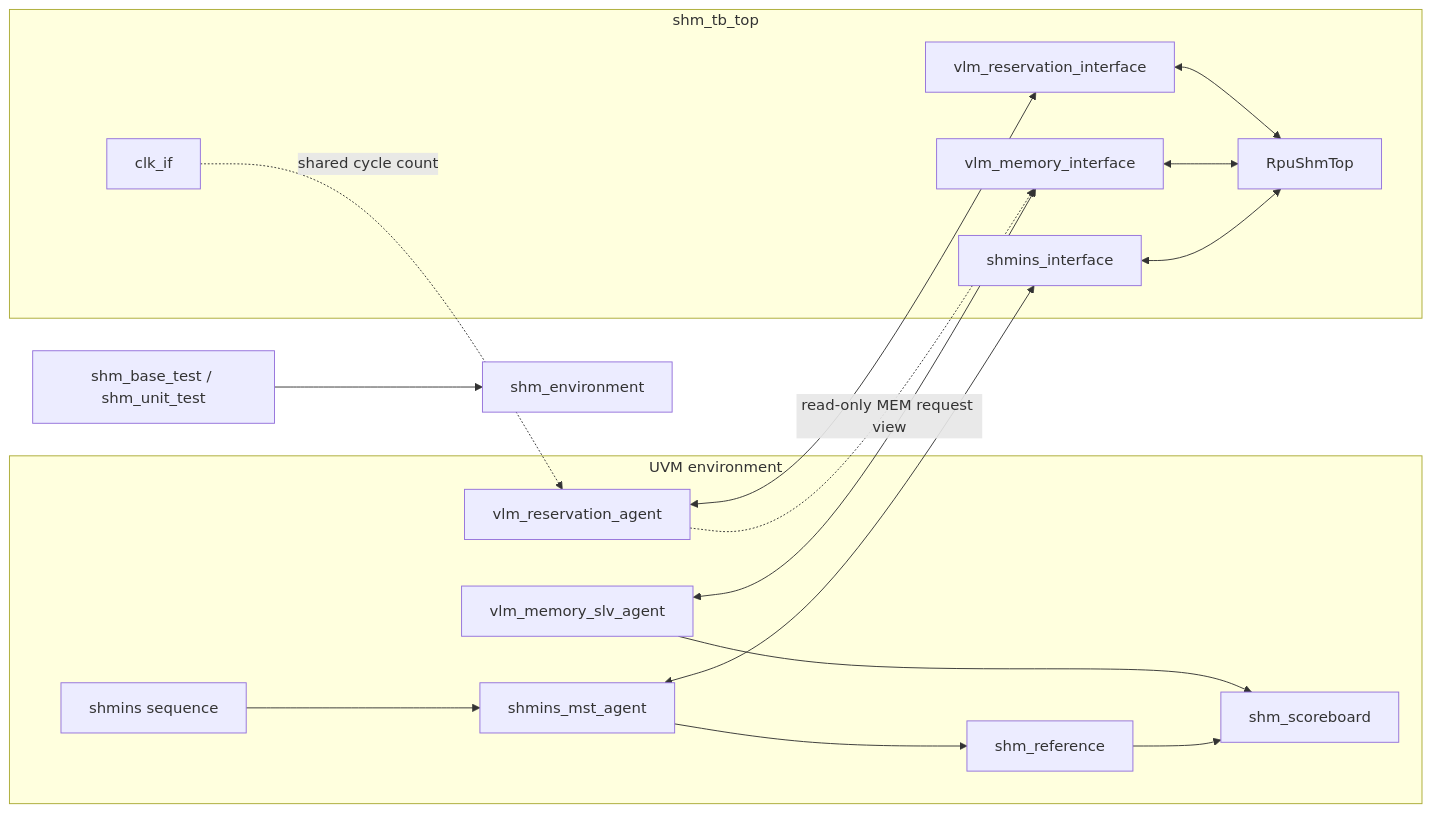
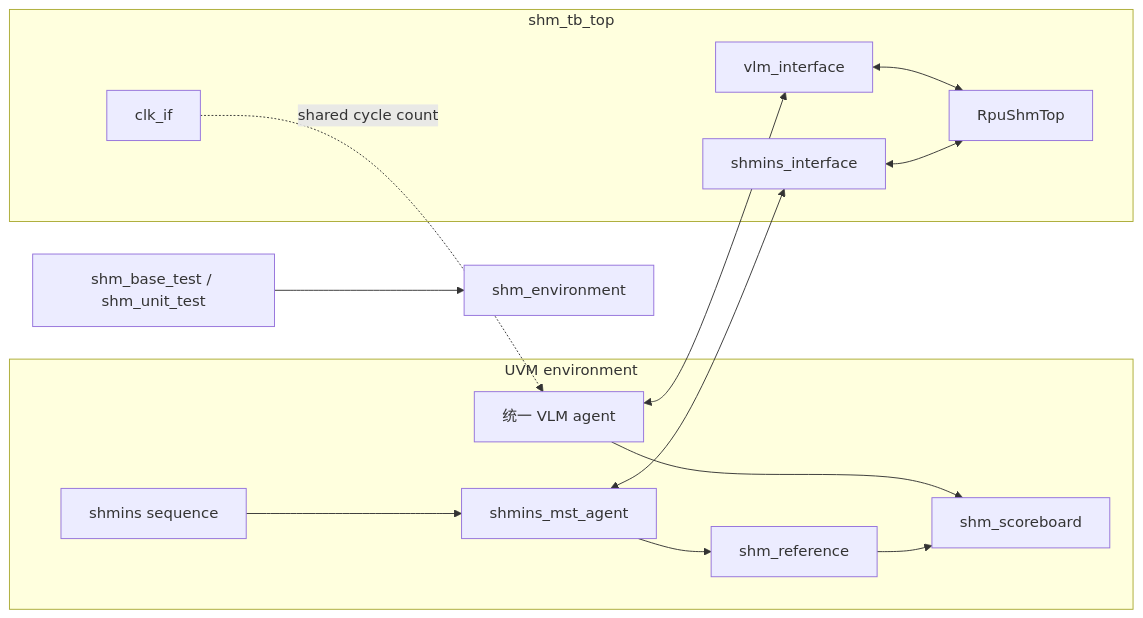
The diagram in docs/ut_shm/environment/architecture.md (euphgh/sharemem), drawn with Mermaid before and after one commit. The commit also changed other lines of this file and 25 other files, not shown here.

````diff
--- a/docs/ut_shm/environment/architecture.md
+++ b/docs/ut_shm/environment/architecture.md
@@ -14,29 +14,24 @@
 ```mermaid
 flowchart LR
   TEST["shm_base_test / shm_unit_test"] --> ENV["shm_environment"]
 
   subgraph UVM["UVM environment"]
     SEQ["shmins sequence"] --> SA["shmins_mst_agent"]
     SA --> REF["shm_reference"]
     REF --> SCB["shm_scoreboard"]
-    MA["vlm_memory_slv_agent"] --> SCB
-    RA["vlm_reservation_agent"]
+    VA["统一 VLM agent"] --> SCB
   end
 
   subgraph TOP["shm_tb_top"]
     SI["shmins_interface"]
-    MI["vlm_memory_interface"]
-    RI["vlm_reservation_interface"]
+    VI["vlm_interface"]
     CI["clk_if"]
     DUT["RpuShmTop"]
     SI <--> DUT
-    MI <--> DUT
-    RI <--> DUT
+    VI <--> DUT
   end
 
   SA <--> SI
-  MA <--> MI
-  RA <--> RI
-  RA -. "read-only MEM request view" .-> MI
-  CI -. "shared cycle count" .-> RA
+  VA <--> VI
+  CI -. "shared cycle count" .-> VA
 ```
````
